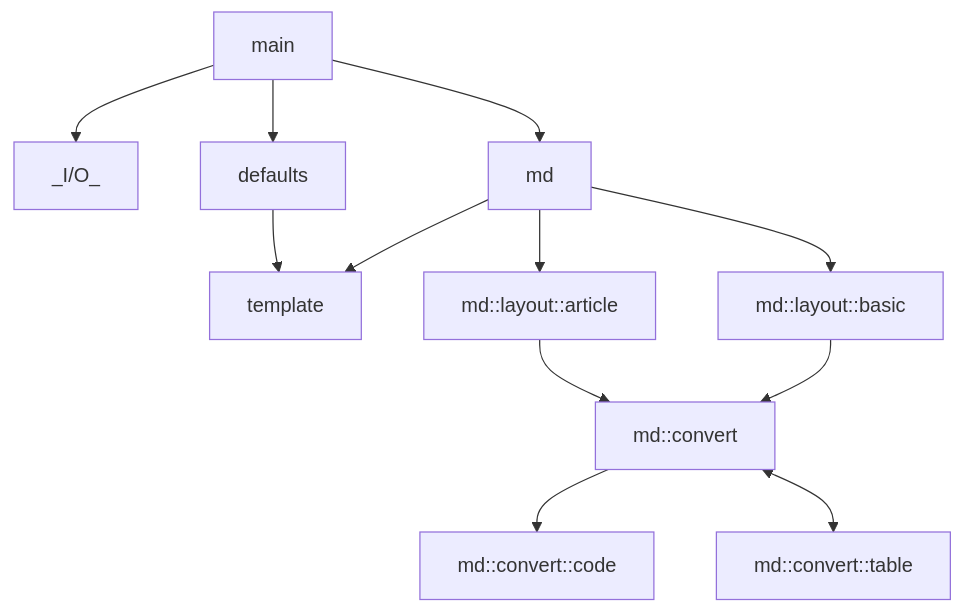
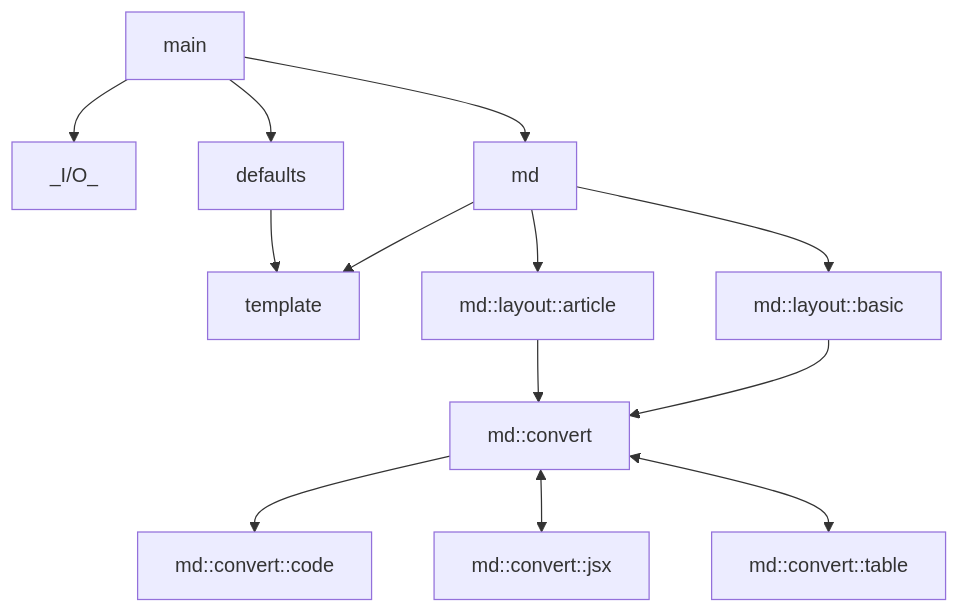
Before and after one commit to Tengu712/Tengu712.github.io: the diagram in docs/HEALTH.md, drawn with Mermaid. The commit also changed 6 other files, not shown here.

````diff
--- a/docs/HEALTH.md
+++ b/docs/HEALTH.md
@@ -5,14 +5,15 @@
 ```mermaid
 flowchart TD
     main --> _I/O_
     main --> md
     md --> template
     md --> md::layout::basic
     md --> md::layout::article
     md::layout::basic --> md::convert
     md::layout::article --> md::convert
     md::convert --> md::convert::code
+    md::convert <--> md::convert::jsx
     md::convert <--> md::convert::table
     main --> defaults
     defaults --> template
 ```
````
